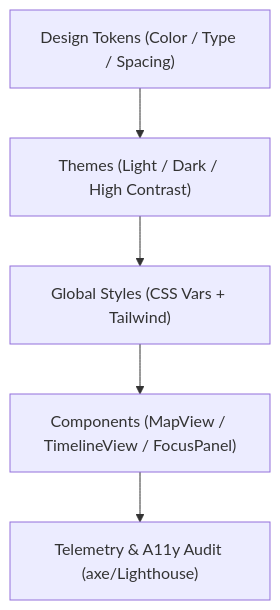
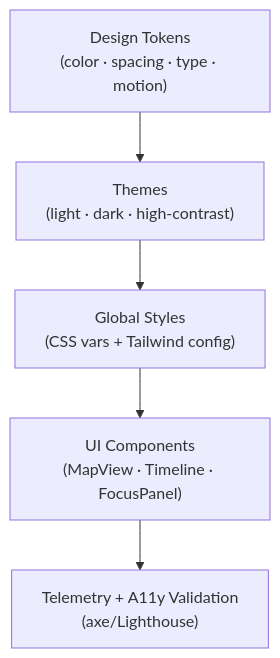
Before and after one commit to bartytime4life/Kansas-Frontier-Matrix: the diagram in web/src/styles/README.md, drawn with Mermaid. The commit also changed other lines of this file, not shown here.

````diff
--- a/web/src/styles/README.md
+++ b/web/src/styles/README.md
@@ -57,7 +73,8 @@
-```mermaid
+~~~~~mermaid
 flowchart TD
-A["Design Tokens (Color / Type / Spacing)"] --> B["Themes (Light / Dark / High Contrast)"]
-B --> C["Global Styles (CSS Vars + Tailwind)"]
-C --> D["Components (MapView / TimelineView / FocusPanel)"]
-D --> E["Telemetry & A11y Audit (axe/Lighthouse)"]
-```
+  A["Design Tokens<br/>(color · spacing · type · motion)"]
+    --> B["Themes<br/>(light · dark · high-contrast)"]
+  B --> C["Global Styles<br/>(CSS vars + Tailwind config)"]
+  C --> D["UI Components<br/>(MapView · Timeline · FocusPanel)"]
+  D --> E["Telemetry + A11y Validation<br/>(axe/Lighthouse)"]
+~~~~~
````
